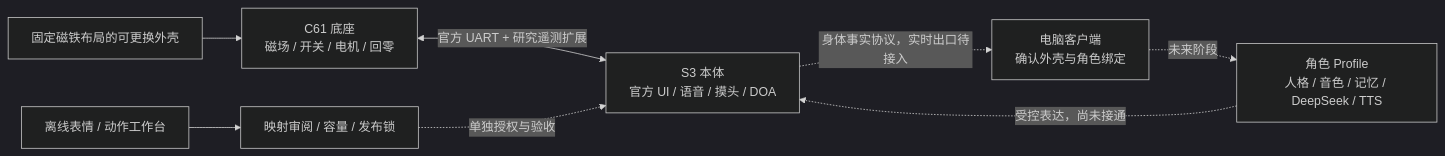
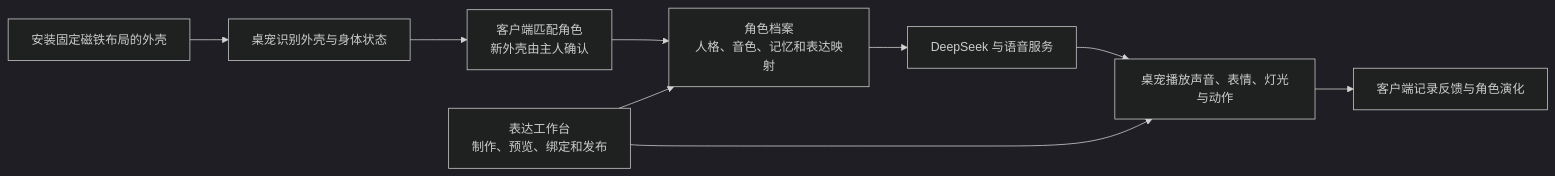
The diagram in README.md (404-NOT-FOUND-ERROR/DeskBot-Hardware), drawn with Mermaid (dark theme) before and after one commit. The commit also changed other lines of this file and 681 other files, not shown here.

````diff
--- a/README.md
+++ b/README.md
@@ -28,10 +45,11 @@
 ```mermaid
 flowchart LR
-    A[固定磁铁布局的可更换外壳] --> B[C61 底座\n磁场 / 开关 / 电机 / 回零]
-    B <-->|官方 UART + 研究遥测扩展| C[S3 本体\n官方 UI / 语音 / 摸头 / DOA]
-    C -.身体事实协议，实时出口待接入.-> D[电脑客户端\n确认外壳与角色绑定]
-    D -.未来阶段.-> E[角色 Profile\n人格 / 音色 / 记忆 / DeepSeek / TTS]
-    E -.受控表达，尚未接通.-> C
-    W[离线表情 / 动作工作台] --> R[映射审阅 / 容量 / 发布锁]
-    R -.单独授权与验收.-> C
+    A[安装固定磁铁布局的外壳] --> B[桌宠识别外壳与身体状态]
+    B --> C[客户端匹配角色\n新外壳由主人确认]
+    C --> D[角色档案\n人格、音色、记忆和表达映射]
+    D --> E[DeepSeek 与语音服务]
+    E --> F[桌宠播放声音、表情、灯光与动作]
+    F --> G[客户端记录反馈与角色演化]
+    W[表达工作台\n制作、预览、绑定和发布] --> D
+    W --> F
 ```
````
